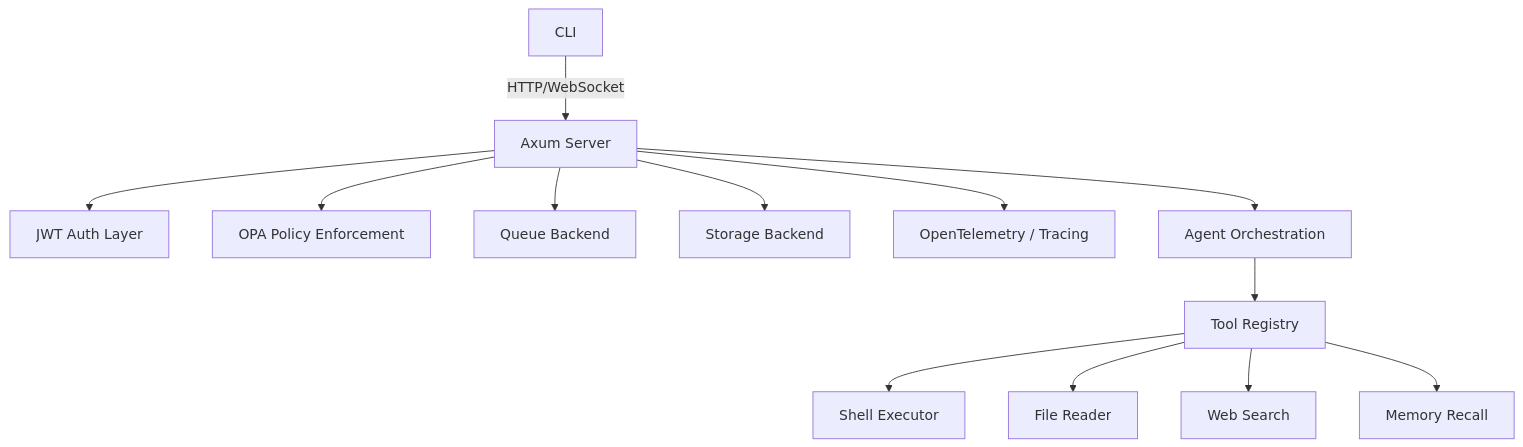
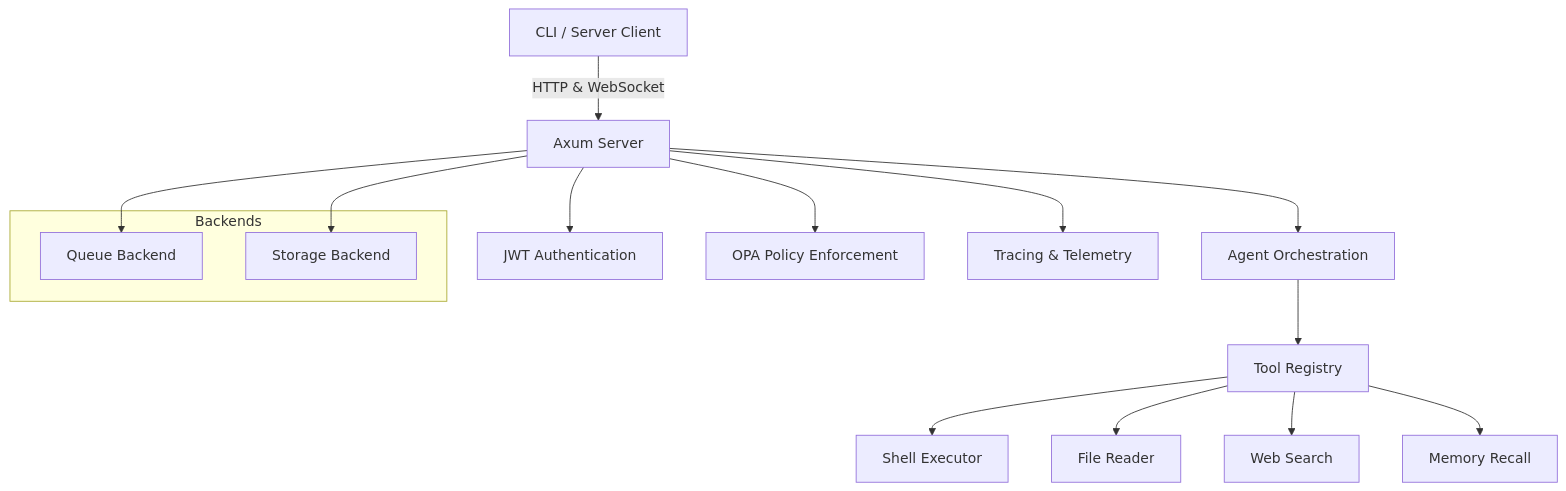
The diagram in README.md (youtmaj11/ai-gateway), drawn with Mermaid before and after one commit. The commit also changed other lines of this file, not shown here.

Commit message:
docs: finalize README with professional structure and architecture diagram

````diff
--- a/README.md
+++ b/README.md
@@ -70,15 +18,21 @@
 ```mermaid
 flowchart TD
-  CLI[CLI] -->|HTTP/WebSocket| Server[Axum Server]
-  Server --> Auth[JWT Auth Layer]
+  CLI[CLI / Server Client] -->|HTTP & WebSocket| Server[Axum Server]
+  Server --> Auth[JWT Authentication]
   Server --> Policy[OPA Policy Enforcement]
+  Server --> Agent[Agent Orchestration]
   Server --> Queue[Queue Backend]
   Server --> Storage[Storage Backend]
-  Server --> Observability[OpenTelemetry / Tracing]
-  Server --> Agent[Agent Orchestration]
+  Server --> Observability[Tracing & Telemetry]
+
   Agent --> Tools[Tool Registry]
   Tools --> Shell[Shell Executor]
   Tools --> FileReader[File Reader]
   Tools --> WebSearch[Web Search]
   Tools --> MemoryRecall[Memory Recall]
+
+  subgraph Backends
+    Queue
+    Storage
+  end
 ```
````
